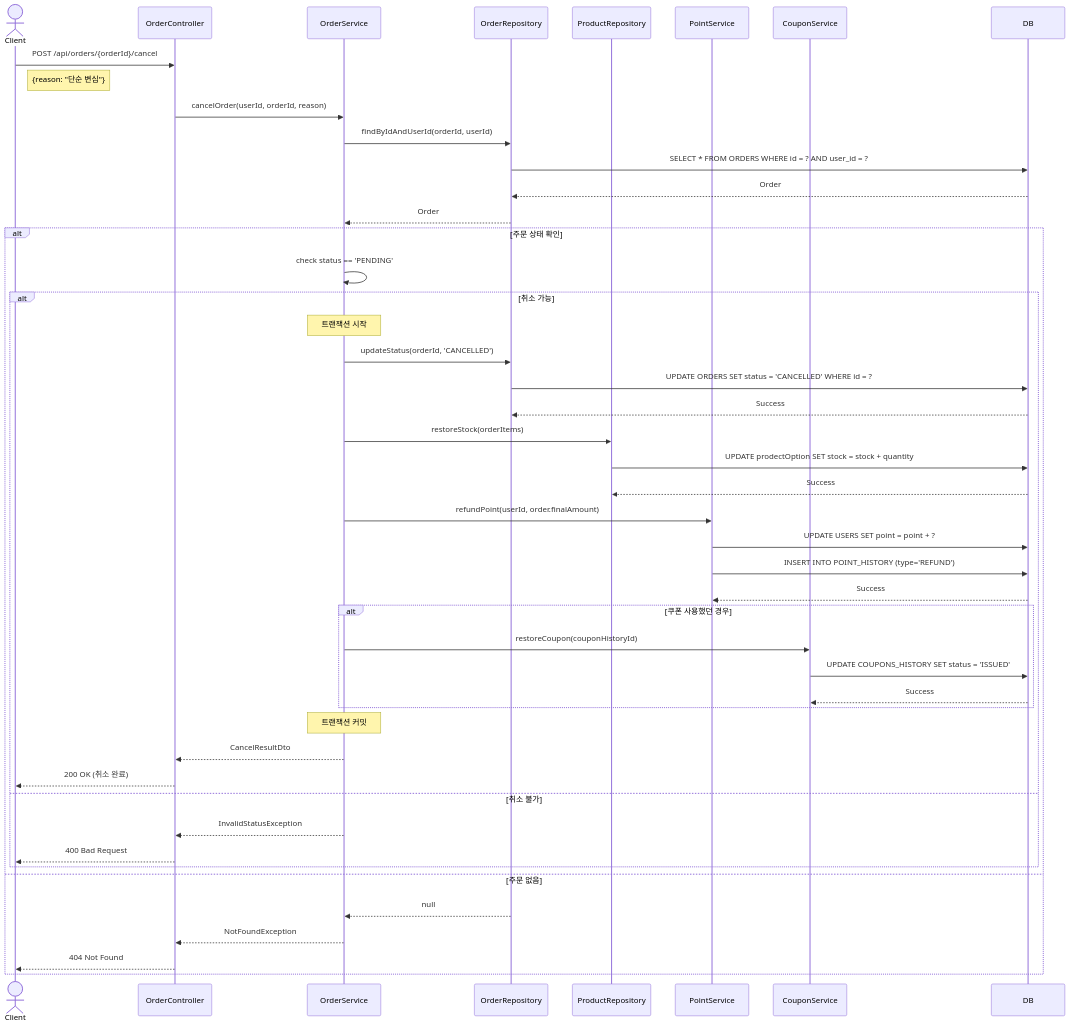
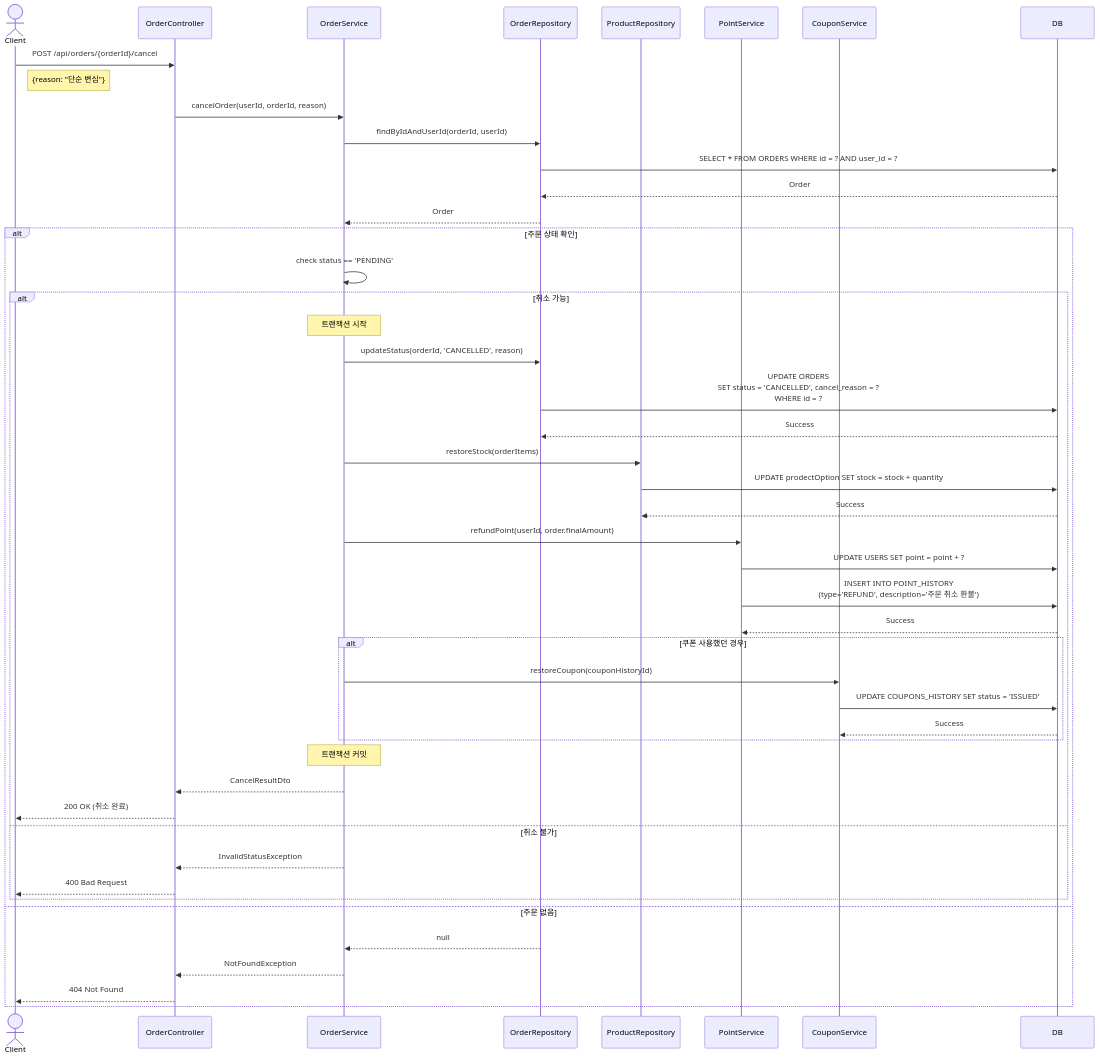
Diagram 18 of 21 in docs/sequence-diagrams.md (hensu2/hhplus-ecommerce), drawn with Mermaid before and after one commit. The commit also changed other lines of this file and 48 other files, not shown here.

````diff
--- a/docs/sequence-diagrams.md
+++ b/docs/sequence-diagrams.md
@@ -802,59 +799,59 @@
 ```mermaid
 sequenceDiagram
     actor Client
     participant OrderController
     participant OrderService
     participant OrderRepository
     participant ProductRepository
     participant PointService
     participant CouponService
     participant DB
 
     Client->>OrderController: POST /api/orders/{orderId}/cancel
     Note right of Client: {reason: "단순 변심"}
     OrderController->>OrderService: cancelOrder(userId, orderId, reason)
 
     OrderService->>OrderRepository: findByIdAndUserId(orderId, userId)
     OrderRepository->>DB: SELECT * FROM ORDERS WHERE id = ? AND user_id = ?
     DB-->>OrderRepository: Order
     OrderRepository-->>OrderService: Order
 
     alt 주문 상태 확인
         OrderService->>OrderService: check status == 'PENDING'
 
         alt 취소 가능
             Note over OrderService: 트랜잭션 시작
 
-            OrderService->>OrderRepository: updateStatus(orderId, 'CANCELLED')
-            OrderRepository->>DB: UPDATE ORDERS SET status = 'CANCELLED' WHERE id = ?
+            OrderService->>OrderRepository: updateStatus(orderId, 'CANCELLED', reason)
+            OrderRepository->>DB: UPDATE ORDERS<br/>SET status = 'CANCELLED', cancel_reason = ?<br/>WHERE id = ?
             DB-->>OrderRepository: Success
 
             OrderService->>ProductRepository: restoreStock(orderItems)
             ProductRepository->>DB: UPDATE prodectOption SET stock = stock + quantity
             DB-->>ProductRepository: Success
 
             OrderService->>PointService: refundPoint(userId, order.finalAmount)
             PointService->>DB: UPDATE USERS SET point = point + ?
-            PointService->>DB: INSERT INTO POINT_HISTORY (type='REFUND')
+            PointService->>DB: INSERT INTO POINT_HISTORY<br/>(type='REFUND', description='주문 취소 환불')
             DB-->>PointService: Success
 
             alt 쿠폰 사용했던 경우
                 OrderService->>CouponService: restoreCoupon(couponHistoryId)
                 CouponService->>DB: UPDATE COUPONS_HISTORY SET status = 'ISSUED'
                 DB-->>CouponService: Success
             end
 
             Note over OrderService: 트랜잭션 커밋
 
             OrderService-->>OrderController: CancelResultDto
             OrderController-->>Client: 200 OK (취소 완료)
         else 취소 불가
             OrderService-->>OrderController: InvalidStatusException
             OrderController-->>Client: 400 Bad Request
         end
     else 주문 없음
         OrderRepository-->>OrderService: null
         OrderService-->>OrderController: NotFoundException
         OrderController-->>Client: 404 Not Found
     end
 ```
````
